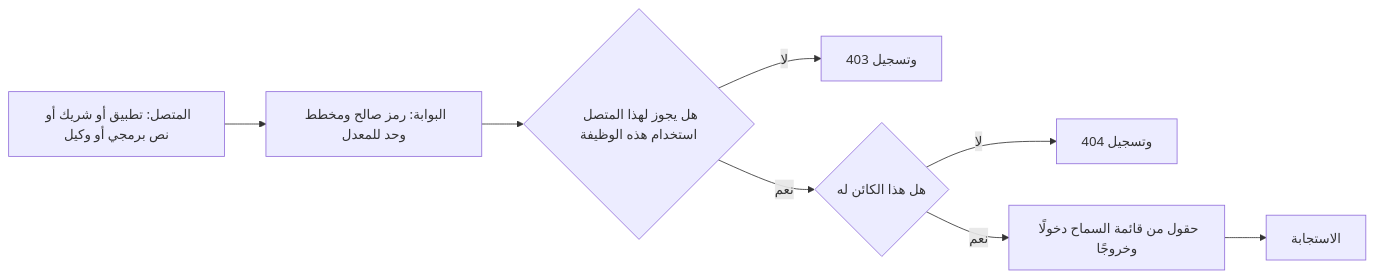
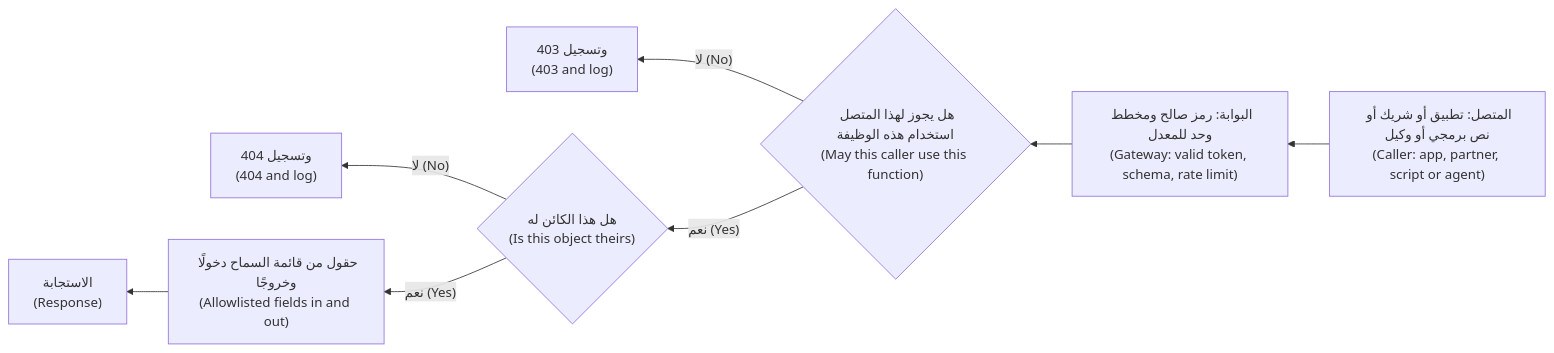
The first of 3 diagrams in secai/modules/04-api-mobile.ar.md (Tamoura/system-design-for-vibe-coders), drawn with Mermaid before and after one commit. The commit also changed other lines of this file and 11 other files, not shown here.

First line of the commit message:
Security course: Arabic modules 10–11 reviewed; RTL diagrams with English labels for modules 0–11

````diff
--- a/secai/modules/04-api-mobile.ar.md
+++ b/secai/modules/04-api-mobile.ar.md
@@ -116,10 +116,10 @@
 ```mermaid
-flowchart LR
-    A["المتصل: تطبيق أو شريك أو نص برمجي أو وكيل"] --> B["البوابة: رمز صالح ومخطط وحد للمعدل"]
-    B --> C{"هل يجوز لهذا المتصل استخدام هذه الوظيفة"}
-    C -->|"لا"| D["403 وتسجيل"]
-    C -->|"نعم"| E{"هل هذا الكائن له"}
-    E -->|"لا"| F["404 وتسجيل"]
-    E -->|"نعم"| G["حقول من قائمة السماح دخولًا وخروجًا"]
-    G --> H["الاستجابة"]
+flowchart RL
+    A["المتصل: تطبيق أو شريك أو نص برمجي أو وكيل<br/>(Caller: app, partner, script or agent)"] --> B["البوابة: رمز صالح ومخطط وحد للمعدل<br/>(Gateway: valid token, schema, rate limit)"]
+    B --> C{"هل يجوز لهذا المتصل استخدام هذه الوظيفة<br/>(May this caller use this function)"}
+    C -->|"لا (No)"| D["403 وتسجيل<br/>(403 and log)"]
+    C -->|"نعم (Yes)"| E{"هل هذا الكائن له<br/>(Is this object theirs)"}
+    E -->|"لا (No)"| F["404 وتسجيل<br/>(404 and log)"]
+    E -->|"نعم (Yes)"| G["حقول من قائمة السماح دخولًا وخروجًا<br/>(Allowlisted fields in and out)"]
+    G --> H["الاستجابة<br/>(Response)"]
 ```
````
